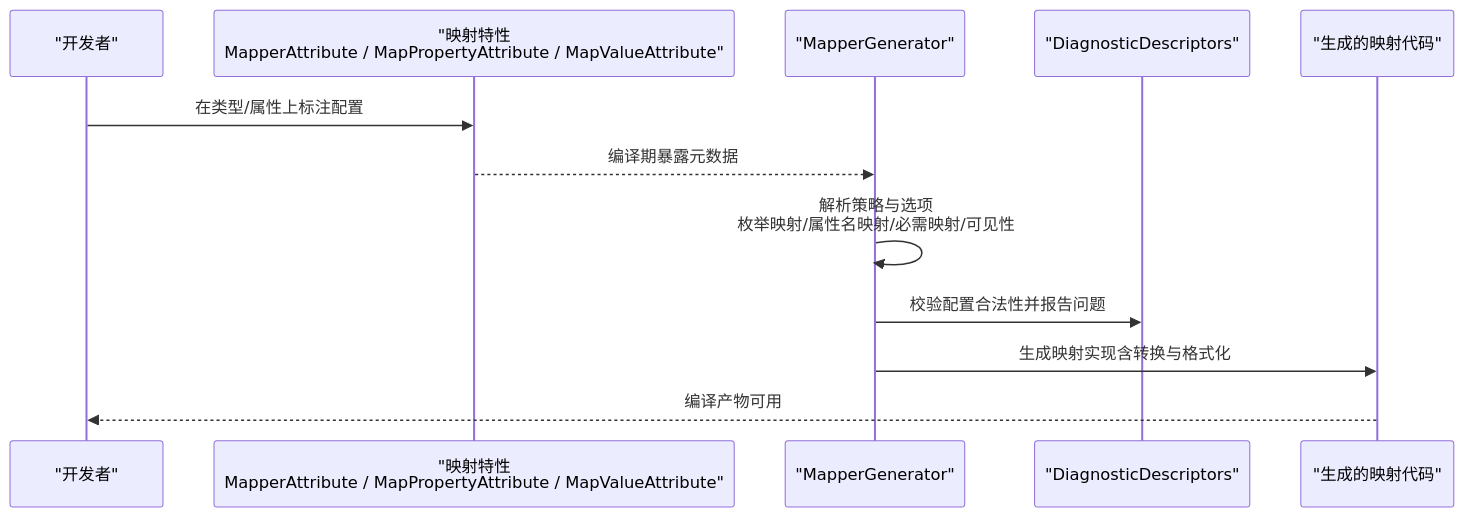
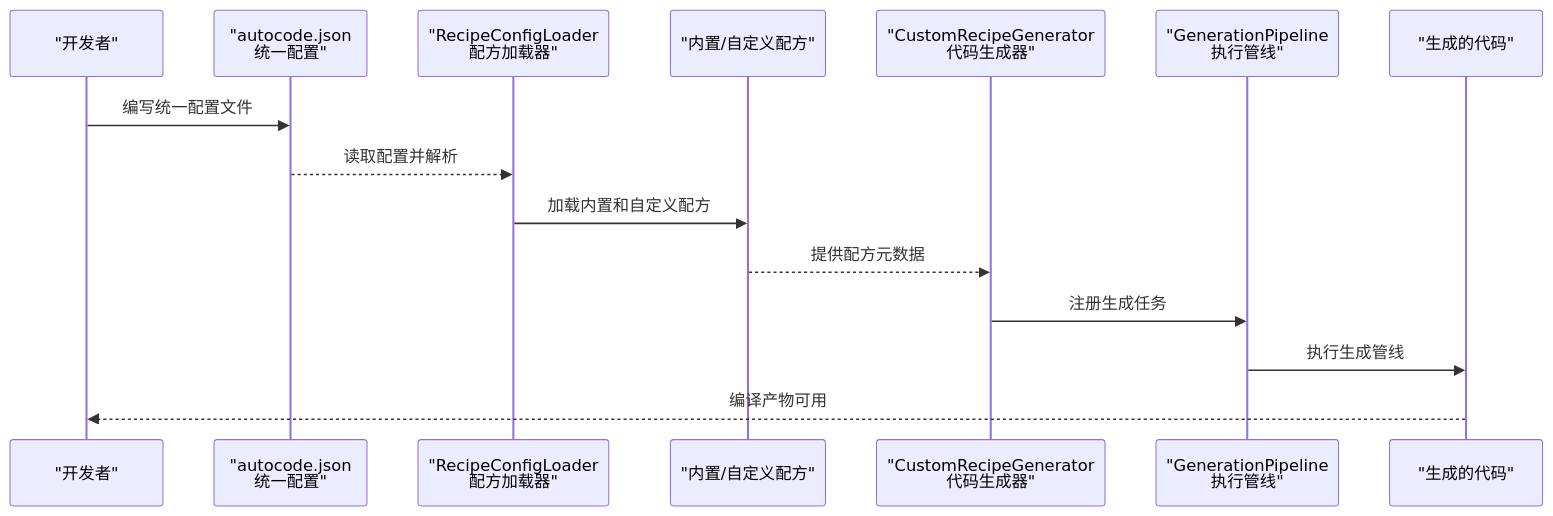
One commit to alivy/AutoCode changed the second of 12 diagrams in .qoder/repowiki/zh/content/源代码生成器/生成器配置/生成器配置.md. Above: the diagram before and after it, drawn with Mermaid. The commit also changed other lines of this file and 279 other files, not shown here.

````diff
--- a/.qoder/repowiki/zh/content/源代码生成器/生成器配置/生成器配置.md
+++ b/.qoder/repowiki/zh/content/源代码生成器/生成器配置/生成器配置.md
@@ -133,14 +161,17 @@
 ```mermaid
 sequenceDiagram
 participant Dev as "开发者"
-participant Attr as "映射特性<br/>MapperAttribute / MapPropertyAttribute / MapValueAttribute"
-participant Gen as "MapperGenerator"
-participant Diag as "DiagnosticDescriptors"
-participant Out as "生成的映射代码"
-Dev->>Attr : 在类型/属性上标注配置
-Attr-->>Gen : 编译期暴露元数据
-Gen->>Gen : 解析策略与选项<br/>枚举映射/属性名映射/必需映射/可见性
-Gen->>Diag : 校验配置合法性并报告问题
-Gen->>Out : 生成映射实现含转换与格式化
-Out-->>Dev : 编译产物可用
+participant Config as "autocode.json<br/>统一配置"
+participant Loader as "RecipeConfigLoader<br/>配方加载器"
+participant Recipes as "内置/自定义配方"
+participant Gen as "CustomRecipeGenerator<br/>代码生成器"
+participant Pipeline as "GenerationPipeline<br/>执行管线"
+participant Output as "生成的代码"
+Dev->>Config : 编写统一配置文件
+Config-->>Loader : 读取配置并解析
+Loader->>Recipes : 加载内置和自定义配方
+Recipes-->>Gen : 提供配方元数据
+Gen->>Pipeline : 注册生成任务
+Pipeline->>Output : 执行生成管线
+Output-->>Dev : 编译产物可用
 ```
````
